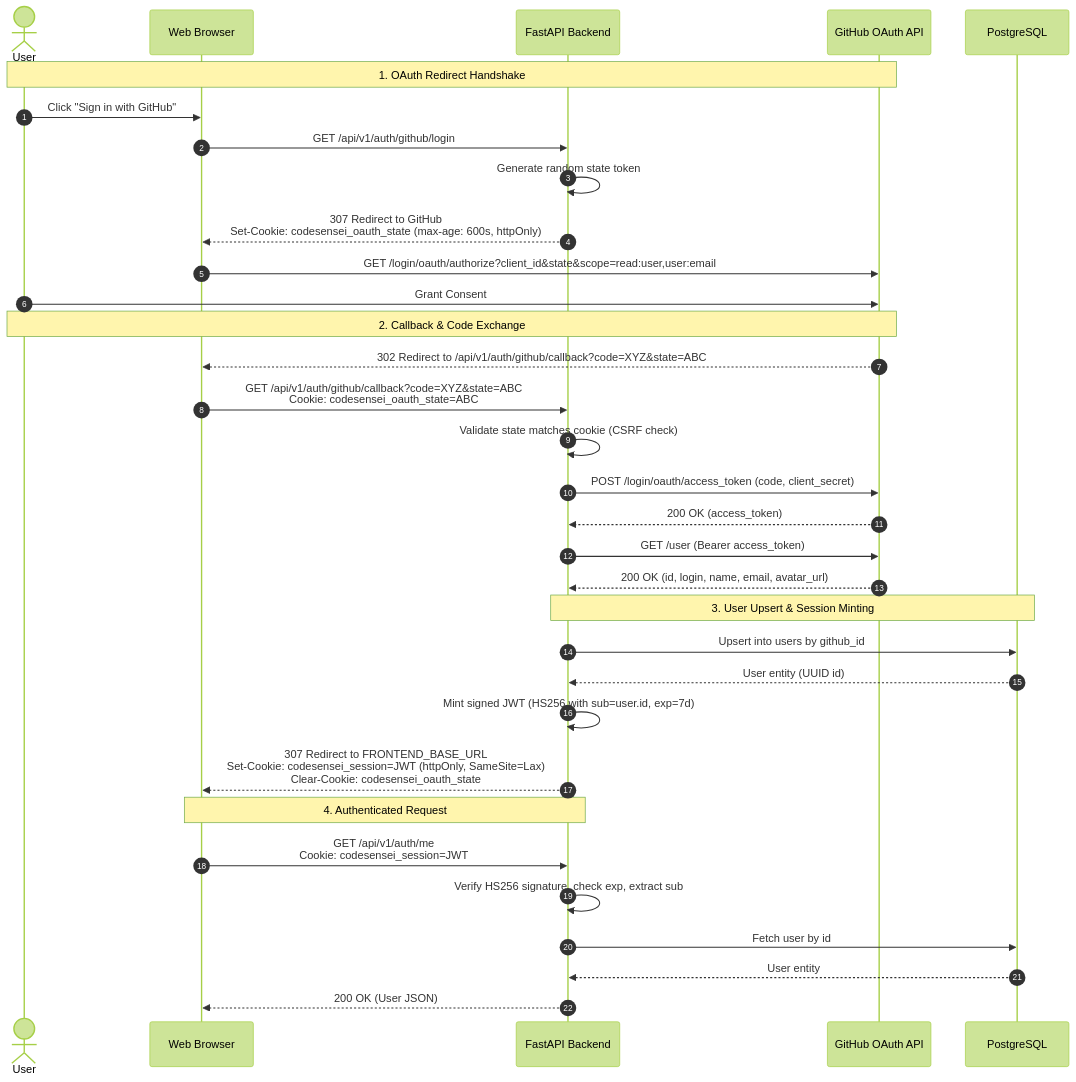
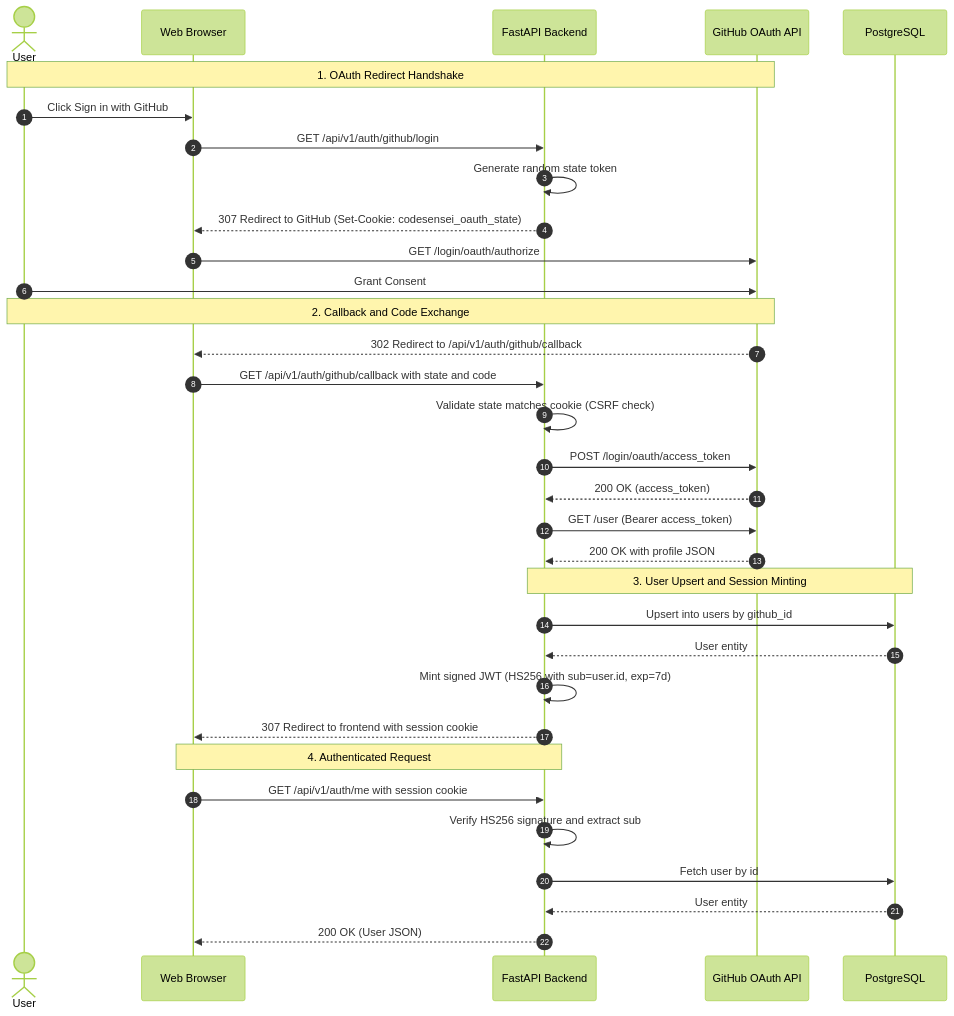
One commit to nikhil-87/CodeSensei changed the diagram in vault/06-authentication-and-authorization.md. Above: the diagram before and after it, drawn with Mermaid (forest theme). The commit also changed 25 other files, not shown here.

Commit message:
docs: initialize comprehensive technical documentation, architecture diagrams, and verification guides in vault and docs directories

````diff
--- a/vault/06-authentication-and-authorization.md
+++ b/vault/06-authentication-and-authorization.md
@@ -10,39 +10,39 @@
 ```mermaid
 sequenceDiagram
     autonumber
     actor User
     participant Browser as Web Browser
     participant API as FastAPI Backend
     participant GitHub as GitHub OAuth API
     participant DB as PostgreSQL
 
     Note over User,GitHub: 1. OAuth Redirect Handshake
-    User->>Browser: Click "Sign in with GitHub"
+    User->>Browser: Click Sign in with GitHub
     Browser->>API: GET /api/v1/auth/github/login
     API->>API: Generate random state token
-    API-->>Browser: 307 Redirect to GitHub<br/>Set-Cookie: codesensei_oauth_state (max-age: 600s, httpOnly)
-    Browser->>GitHub: GET /login/oauth/authorize?client_id&state&scope=read:user,user:email
+    API-->>Browser: 307 Redirect to GitHub (Set-Cookie: codesensei_oauth_state)
+    Browser->>GitHub: GET /login/oauth/authorize
     User->>GitHub: Grant Consent
 
-    Note over User,GitHub: 2. Callback & Code Exchange
-    GitHub-->>Browser: 302 Redirect to /api/v1/auth/github/callback?code=XYZ&state=ABC
-    Browser->>API: GET /api/v1/auth/github/callback?code=XYZ&state=ABC<br/>Cookie: codesensei_oauth_state=ABC
+    Note over User,GitHub: 2. Callback and Code Exchange
+    GitHub-->>Browser: 302 Redirect to /api/v1/auth/github/callback
+    Browser->>API: GET /api/v1/auth/github/callback with state and code
     API->>API: Validate state matches cookie (CSRF check)
-    API->>GitHub: POST /login/oauth/access_token (code, client_secret)
+    API->>GitHub: POST /login/oauth/access_token
     GitHub-->>API: 200 OK (access_token)
     API->>GitHub: GET /user (Bearer access_token)
-    GitHub-->>API: 200 OK (id, login, name, email, avatar_url)
+    GitHub-->>API: 200 OK with profile JSON
     
-    Note over API,DB: 3. User Upsert & Session Minting
+    Note over API,DB: 3. User Upsert and Session Minting
     API->>DB: Upsert into users by github_id
-    DB-->>API: User entity (UUID id)
+    DB-->>API: User entity
     API->>API: Mint signed JWT (HS256 with sub=user.id, exp=7d)
-    API-->>Browser: 307 Redirect to FRONTEND_BASE_URL<br/>Set-Cookie: codesensei_session=JWT (httpOnly, SameSite=Lax)<br/>Clear-Cookie: codesensei_oauth_state
+    API-->>Browser: 307 Redirect to frontend with session cookie
     
     Note over Browser,API: 4. Authenticated Request
-    Browser->>API: GET /api/v1/auth/me<br/>Cookie: codesensei_session=JWT
-    API->>API: Verify HS256 signature, check exp, extract sub
+    Browser->>API: GET /api/v1/auth/me with session cookie
+    API->>API: Verify HS256 signature and extract sub
     API->>DB: Fetch user by id
     DB-->>API: User entity
     API-->>Browser: 200 OK (User JSON)
 ```
````
